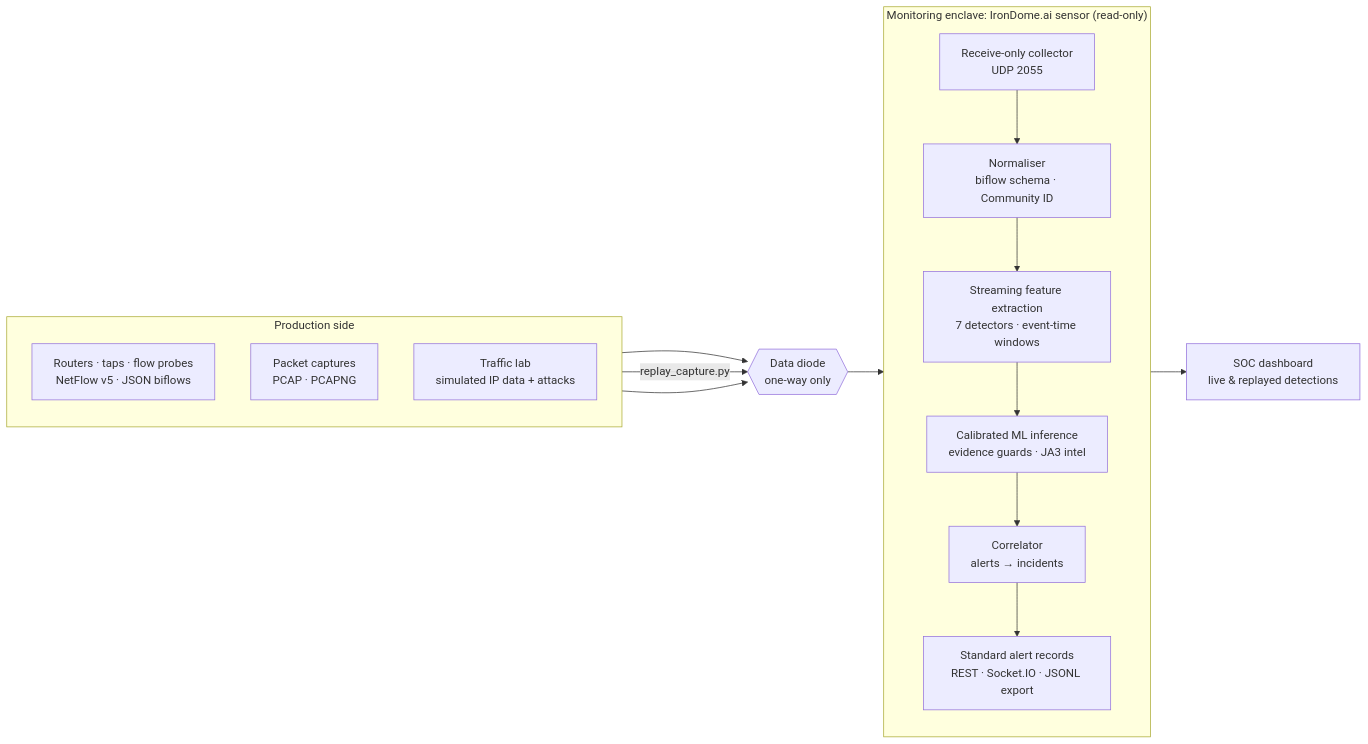
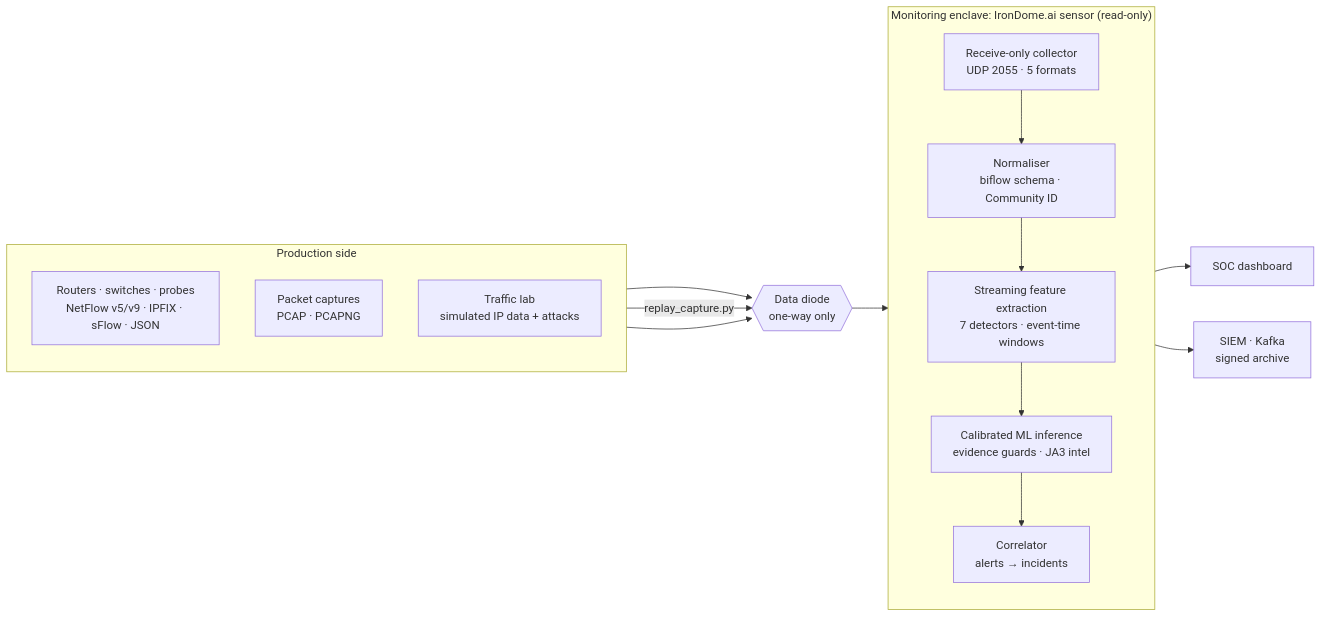
The first of 3 diagrams in README.md (Jyotier2006/IronDome.ai), drawn with Mermaid before and after one commit. The commit also changed other lines of this file and 12 other files, not shown here.

````diff
--- a/README.md
+++ b/README.md
@@ -85,24 +90,26 @@
 ```mermaid
 flowchart LR
     subgraph SRC["Production side"]
         direction TB
-        EXP["Routers · taps · flow probes<br/>NetFlow v5 · JSON biflows"]
+        EXP["Routers · switches · probes<br/>NetFlow v5/v9 · IPFIX · sFlow · JSON"]
         PCAP["Packet captures<br/>PCAP · PCAPNG"]
         LAB["Traffic lab<br/>simulated IP data + attacks"]
     end
     DIODE{{"Data diode<br/>one-way only"}}
     subgraph ENC["Monitoring enclave: IronDome.ai sensor (read-only)"]
         direction TB
-        COL["Receive-only collector<br/>UDP 2055"]
+        COL["Receive-only collector<br/>UDP 2055 · 5 formats"]
         NORM["Normaliser<br/>biflow schema · Community ID"]
         FEAT["Streaming feature extraction<br/>7 detectors · event-time windows"]
         ML["Calibrated ML inference<br/>evidence guards · JA3 intel"]
         COR["Correlator<br/>alerts → incidents"]
-        OUT["Standard alert records<br/>REST · Socket.IO · JSONL export"]
     end
-    UI["SOC dashboard<br/>live & replayed detections"]
+    UI["SOC dashboard"]
+    SIEM["SIEM · Kafka<br/>signed archive"]
     EXP --> DIODE
     PCAP -->|replay_capture.py| DIODE
     LAB --> DIODE
-    DIODE --> COL --> NORM --> FEAT --> ML --> COR --> OUT --> UI
+    DIODE --> COL --> NORM --> FEAT --> ML --> COR
+    COR --> UI
+    COR --> SIEM
 ```
````
